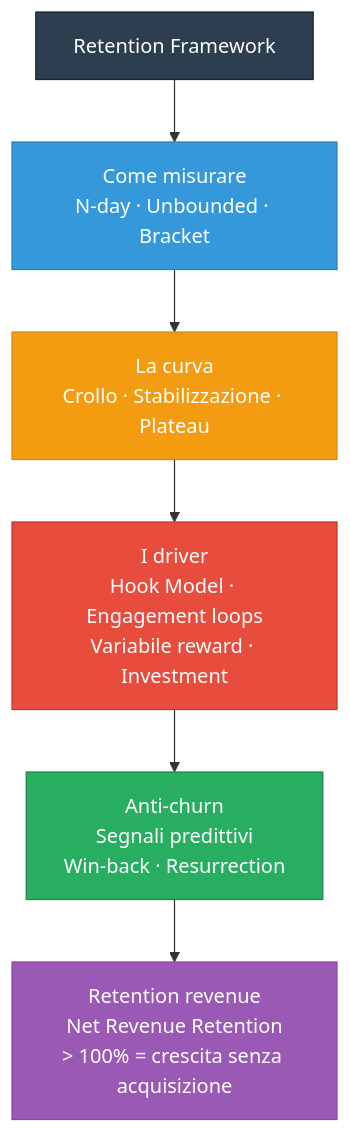
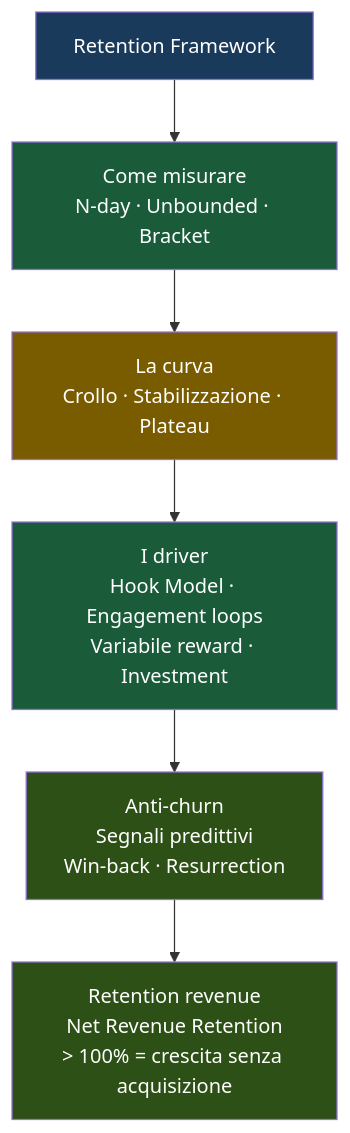
The fourth of 4 diagrams in src/content/corso/analisi-prodotto/retention-framework.mdx (AndreyBertasini/gynnitech), drawn with Mermaid before and after one commit. The commit also changed other lines of this file and 21 other files, not shown here.

First line of the commit message:
style: applica color scheme semantico a tutti i diagrammi Mermaid del corso

````diff
--- a/src/content/corso/analisi-prodotto/retention-framework.mdx
+++ b/src/content/corso/analisi-prodotto/retention-framework.mdx
@@ -229,14 +239,14 @@
 ```mermaid
 graph TD
     START["Retention Framework"] --> MEASURE["Come misurare\nN-day · Unbounded · Bracket"]
     MEASURE --> CURVE["La curva\nCrollo · Stabilizzazione · Plateau"]
     CURVE --> DRIVERS["I driver\nHook Model · Engagement loops\nVariabile reward · Investment"]
     DRIVERS --> ANTICHURN["Anti-churn\nSegnali predittivi\nWin-back · Resurrection"]
     ANTICHURN --> REVENUE["Retention revenue\nNet Revenue Retention\n> 100% = crescita senza acquisizione"]
-    style START fill:#2c3e50,stroke:#1a252f,color:#fff
-    style MEASURE fill:#3498db,stroke:#2980b9,color:#fff
-    style CURVE fill:#f39c12,stroke:#d68910,color:#fff
-    style DRIVERS fill:#e74c3c,stroke:#c0392b,color:#fff
-    style ANTICHURN fill:#27ae60,stroke:#1e8449,color:#fff
-    style REVENUE fill:#9b59b6,stroke:#8e44ad,color:#fff
+    style START fill:#1a3a5c,color:#ffffff
+    style MEASURE fill:#1a5c3a,color:#ffffff
+    style CURVE fill:#7a5c00,color:#ffffff
+    style DRIVERS fill:#1a5c3a,color:#ffffff
+    style ANTICHURN fill:#2d5016,color:#ffffff
+    style REVENUE fill:#2d5016,color:#ffffff
 ```
````
